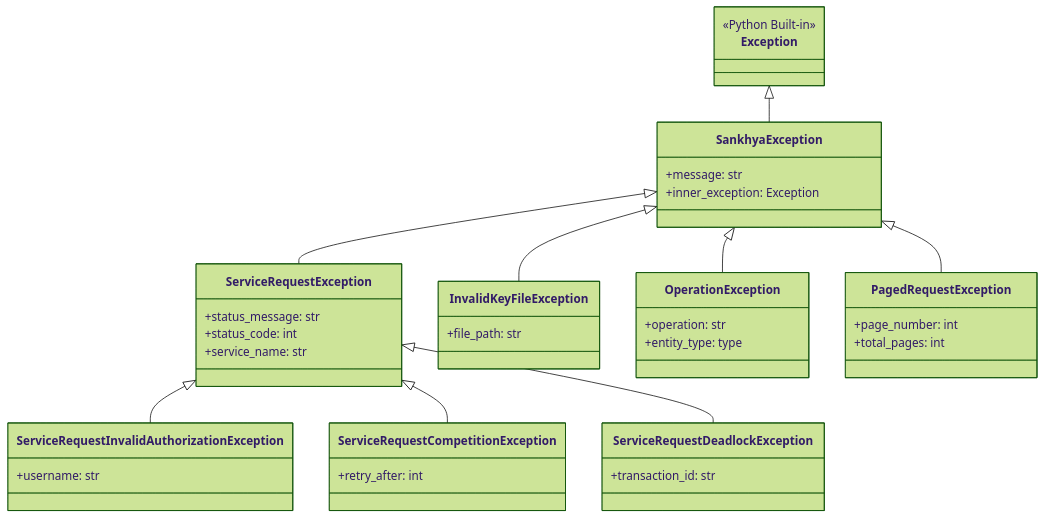
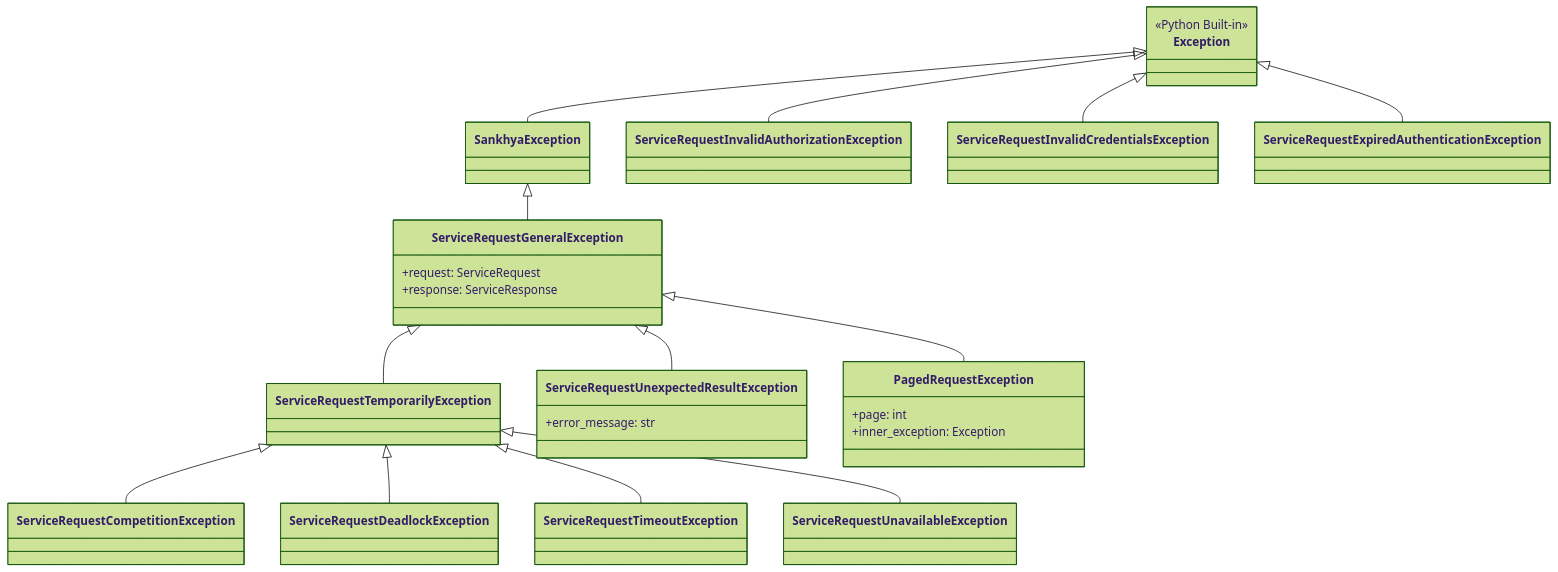
The first of 2 diagrams in docs/core-concepts/error-handling.md (ssmvictor/Sankhya-SDK-python), drawn with Mermaid (forest theme) before and after one commit. The commit also changed other lines of this file and 1 other file, not shown here.

First line of the commit message:
docs(erros): documentar retry linear e tratamento real de erros legados

````diff
--- a/docs/core-concepts/error-handling.md
+++ b/docs/core-concepts/error-handling.md
@@ -9,52 +9,37 @@
 ```mermaid
 classDiagram
     class Exception {
         <<Python Built-in>>
     }
-    
-    class SankhyaException {
-        +message: str
+
+    class SankhyaException
+
+    class ServiceRequestGeneralException {
+        +request: ServiceRequest
+        +response: ServiceResponse
+    }
+
+    class ServiceRequestTemporarilyException
+
+    class ServiceRequestUnexpectedResultException {
+        +error_message: str
+    }
+
+    class PagedRequestException {
+        +page: int
         +inner_exception: Exception
     }
-    
-    class ServiceRequestException {
-        +status_message: str
-        +status_code: int
-        +service_name: str
-    }
-    
-    class ServiceRequestInvalidAuthorizationException {
-        +username: str
-    }
-    
-    class ServiceRequestCompetitionException {
-        +retry_after: int
-    }
-    
-    class ServiceRequestDeadlockException {
-        +transaction_id: str
-    }
-    
-    class InvalidKeyFileException {
-        +file_path: str
-    }
-    
-    class OperationException {
-        +operation: str
-        +entity_type: type
-    }
-    
-    class PagedRequestException {
-        +page_number: int
-        +total_pages: int
-    }
-    
+
     Exception <|-- SankhyaException
-    SankhyaException <|-- ServiceRequestException
-    ServiceRequestException <|-- ServiceRequestInvalidAuthorizationException
-    ServiceRequestException <|-- ServiceRequestCompetitionException
-    ServiceRequestException <|-- ServiceRequestDeadlockException
-    SankhyaException <|-- InvalidKeyFileException
-    SankhyaException <|-- OperationException
-    SankhyaException <|-- PagedRequestException
+    Exception <|-- ServiceRequestInvalidAuthorizationException
+    Exception <|-- ServiceRequestInvalidCredentialsException
+    Exception <|-- ServiceRequestExpiredAuthenticationException
+    SankhyaException <|-- ServiceRequestGeneralException
+    ServiceRequestGeneralException <|-- ServiceRequestTemporarilyException
+    ServiceRequestGeneralException <|-- ServiceRequestUnexpectedResultException
+    ServiceRequestGeneralException <|-- PagedRequestException
+    ServiceRequestTemporarilyException <|-- ServiceRequestCompetitionException
+    ServiceRequestTemporarilyException <|-- ServiceRequestDeadlockException
+    ServiceRequestTemporarilyException <|-- ServiceRequestTimeoutException
+    ServiceRequestTemporarilyException <|-- ServiceRequestUnavailableException
 ```
````
